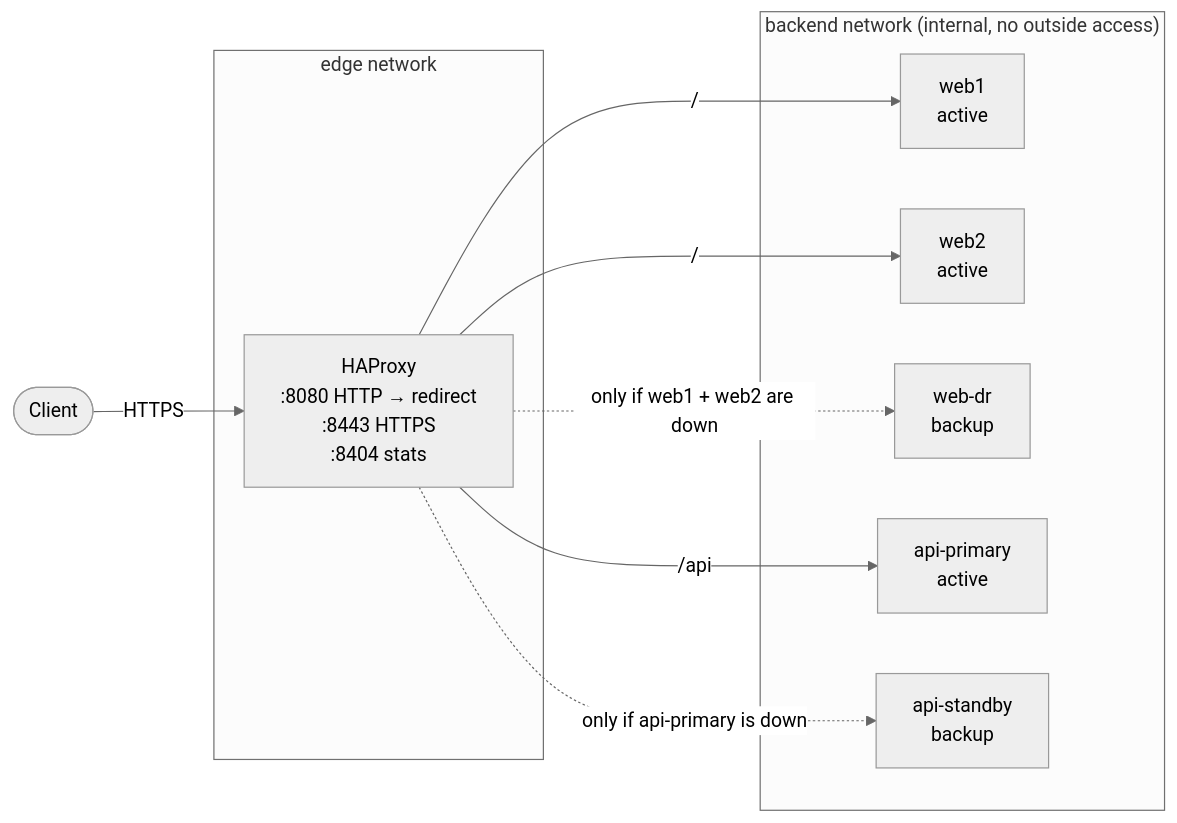
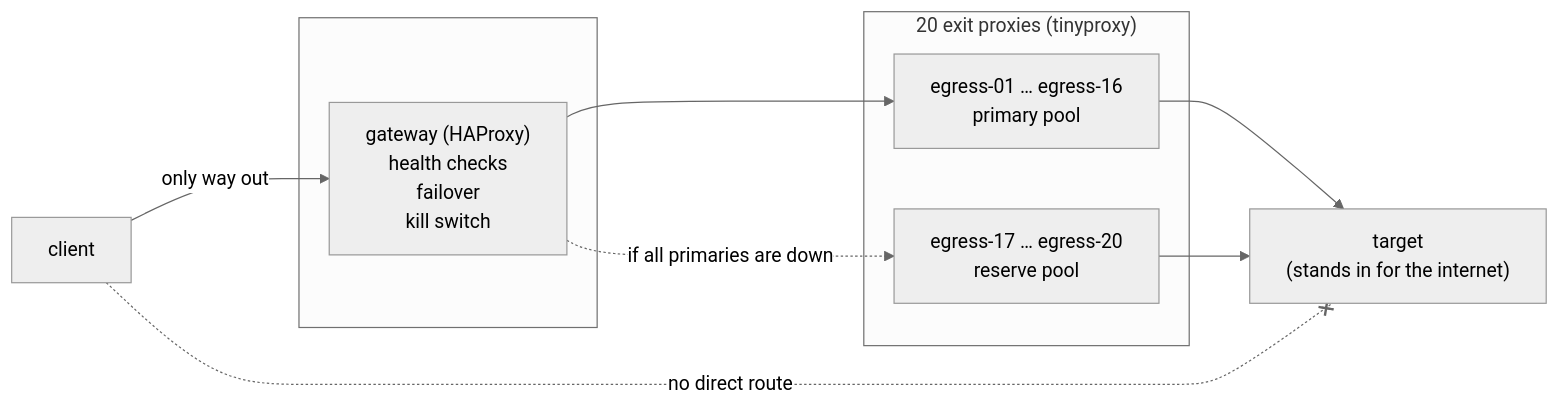
Before and after one commit to ZakariDev27/secure-proxy-failover-lab: the diagram in README.md, drawn with Mermaid (neutral theme). The commit also changed other lines of this file and 20 other files, not shown here.

First line of the commit message:
Rebuild as an outbound proxy lab: 20 exit proxies, failover and kill switches

````diff
--- a/README.md
+++ b/README.md
@@ -32,23 +36,22 @@
 ```mermaid
 flowchart LR
-    client([Client])
+    client[client]
 
-    subgraph edge[edge network]
-        proxy["HAProxy<br/>:8080 HTTP → redirect<br/>:8443 HTTPS<br/>:8404 stats"]
+    subgraph gw[" "]
+        gateway["gateway (HAProxy)<br/>health checks<br/>failover<br/>kill switch"]
     end
 
-    subgraph backend["backend network (internal, no outside access)"]
-        web1[web1<br/>active]
-        web2[web2<br/>active]
-        webdr[web-dr<br/>backup]
-        api1[api-primary<br/>active]
-        api2[api-standby<br/>backup]
+    subgraph pool["20 exit proxies (tinyproxy)"]
+        primary["egress-01 … egress-16<br/>primary pool"]
+        reserve["egress-17 … egress-20<br/>reserve pool"]
     end
 
-    client -- HTTPS --> proxy
-    proxy -- "/" --> web1
-    proxy -- "/" --> web2
-    proxy -. "only if web1 + web2 are down" .-> webdr
-    proxy -- "/api" --> api1
-    proxy -. "only if api-primary is down" .-> api2
+    target["target<br/>(stands in for the internet)"]
+
+    client -- "only way out" --> gateway
+    gateway --> primary
+    gateway -. "if all primaries are down" .-> reserve
+    primary --> target
+    reserve --> target
+    client -. "no direct route" .-x target
 ```
````
